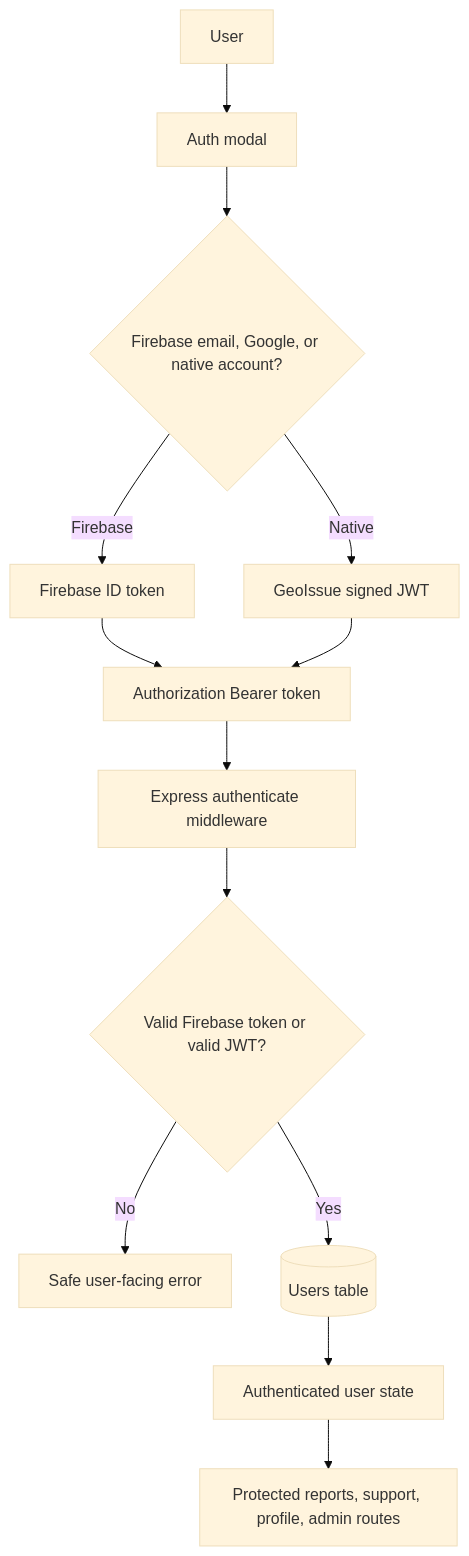
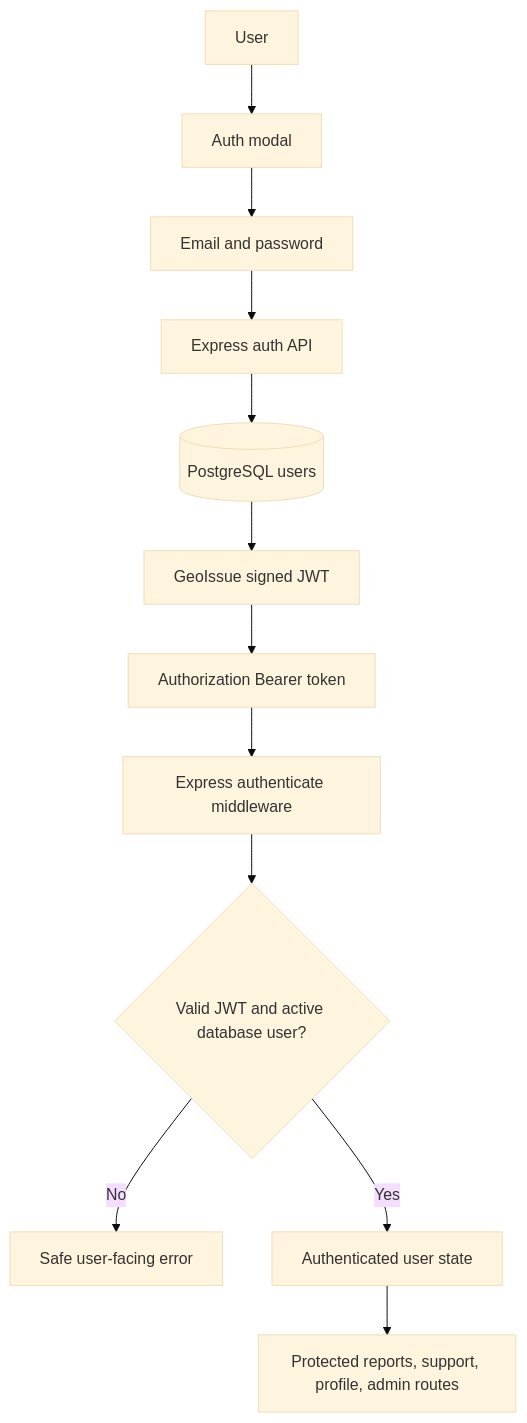
The first of 2 diagrams in docs/project/CORE_FLOW_VERIFICATION.md (ff7hpp/GeoIssue), drawn with Mermaid (base theme) before and after one commit. The commit also changed other lines of this file and 56 other files, not shown here.

````diff
--- a/docs/project/CORE_FLOW_VERIFICATION.md
+++ b/docs/project/CORE_FLOW_VERIFICATION.md
@@ -7,15 +7,14 @@
 ```mermaid
 flowchart TD
   U[User] --> M[Auth modal]
-  M --> F{Firebase email, Google, or native account?}
-  F -->|Firebase| FT[Firebase ID token]
-  F -->|Native| NJ[GeoIssue signed JWT]
-  FT --> H[Authorization Bearer token]
-  NJ --> H
-  H --> A[Express authenticate middleware]
-  A --> V{Valid Firebase token or valid JWT?}
+  M --> C[Email and password]
+  C --> API[Express auth API]
+  API --> DB[(PostgreSQL users)]
+  DB --> H[GeoIssue signed JWT]
+  H --> B[Authorization Bearer token]
+  B --> A[Express authenticate middleware]
+  A --> V{Valid JWT and active database user?}
   V -->|No| E[Safe user-facing error]
-  V -->|Yes| DB[(Users table)]
-  DB --> S[Authenticated user state]
+  V -->|Yes| S[Authenticated user state]
   S --> P[Protected reports, support, profile, admin routes]
 ```
````
